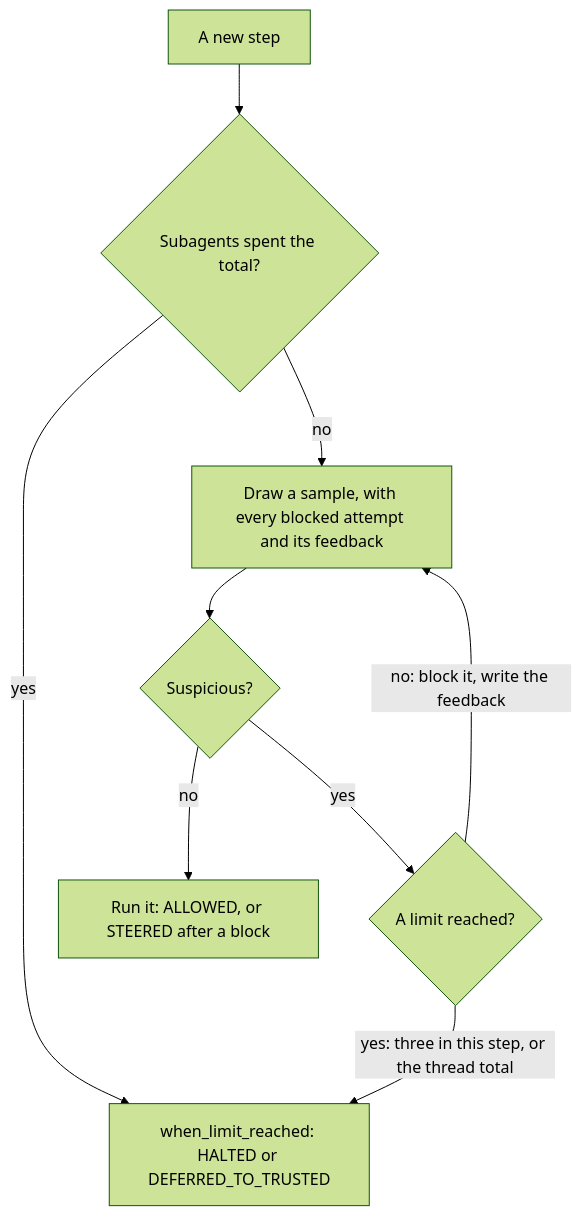
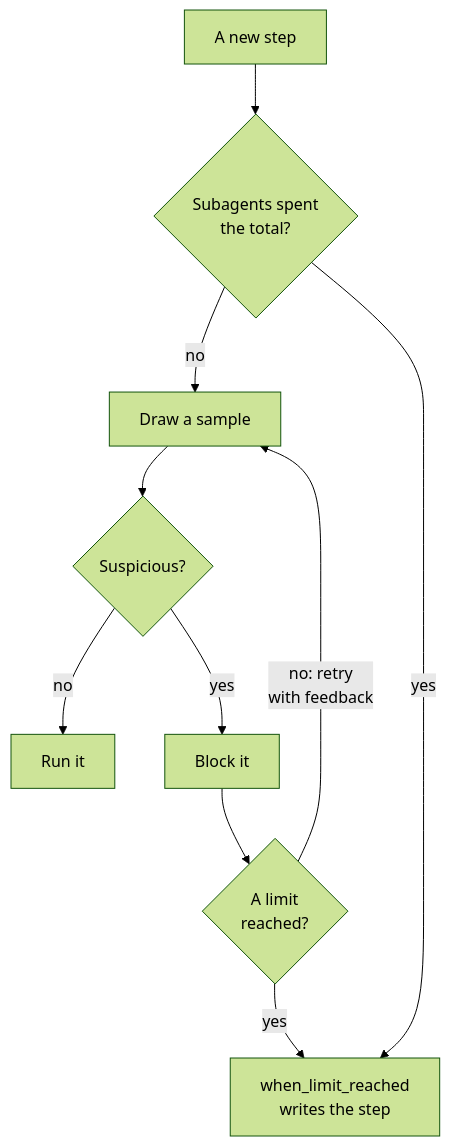
One commit to omamori-lab/langchain-sync-monitors changed the first of 2 diagrams in docs/explanation/design.md. Above: the diagram before and after it, drawn with Mermaid (forest theme). The commit also changed other lines of this file, not shown here.

````diff
--- a/docs/explanation/design.md
+++ b/docs/explanation/design.md
@@ -215,11 +193,12 @@
 ```mermaid
 flowchart TD
-    start["A new step"] --> spent{"Subagents spent the total?"}
+    step["A new step"] --> spent{"Subagents spent<br>the total?"}
+    spent -- "no" --> draw["Draw a sample"]
+    draw --> check{"Suspicious?"}
+    check -- "no" --> run["Run it"]
+    check -- "yes" --> block["Block it"]
+    block --> limit{"A limit<br>reached?"}
+    limit -- "no: retry<br>with feedback" --> draw
+    limit -- "yes" --> fallback["when_limit_reached<br>writes the step"]
     spent -- "yes" --> fallback
-    spent -- "no" --> attempt["Draw a sample, with every blocked attempt and its feedback"]
-    attempt --> check{"Suspicious?"}
-    check -- "no" --> run["Run it: ALLOWED, or STEERED after a block"]
-    check -- "yes" --> limit{"A limit reached?"}
-    limit -- "no: block it, write the feedback" --> attempt
-    limit -- "yes: three in this step, or the thread total" --> fallback["when_limit_reached: HALTED or DEFERRED_TO_TRUSTED"]
 ```
````
